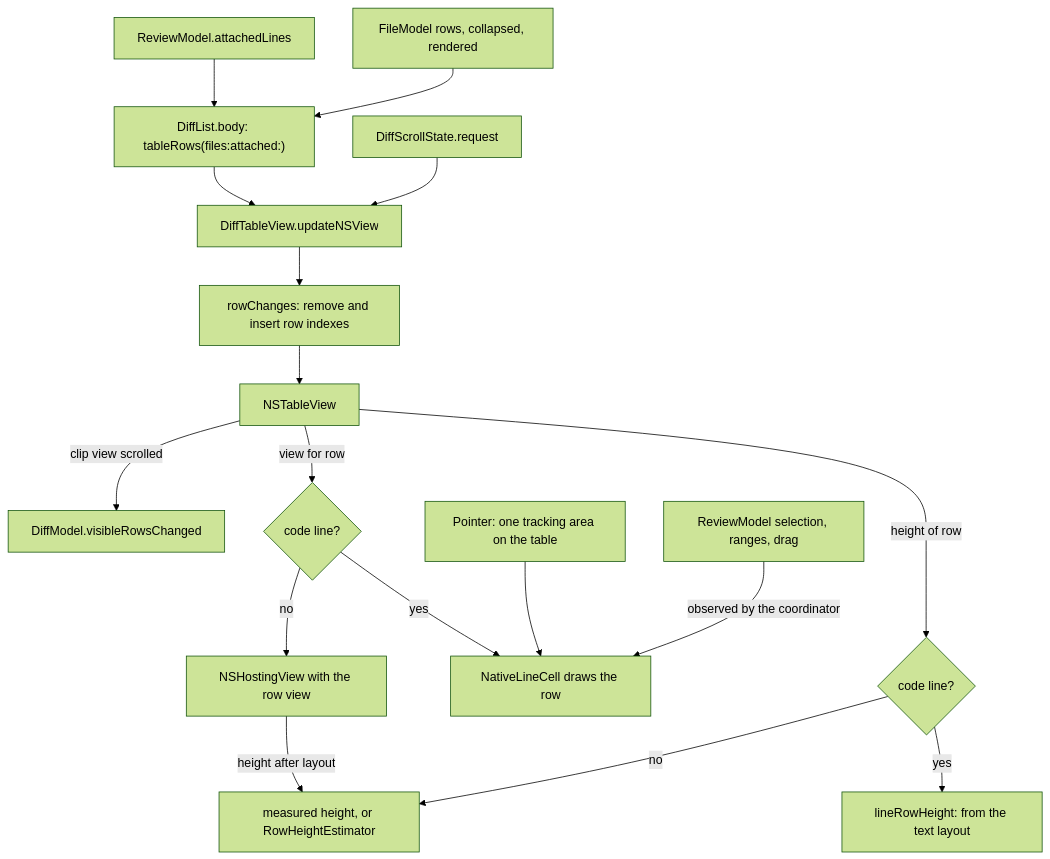
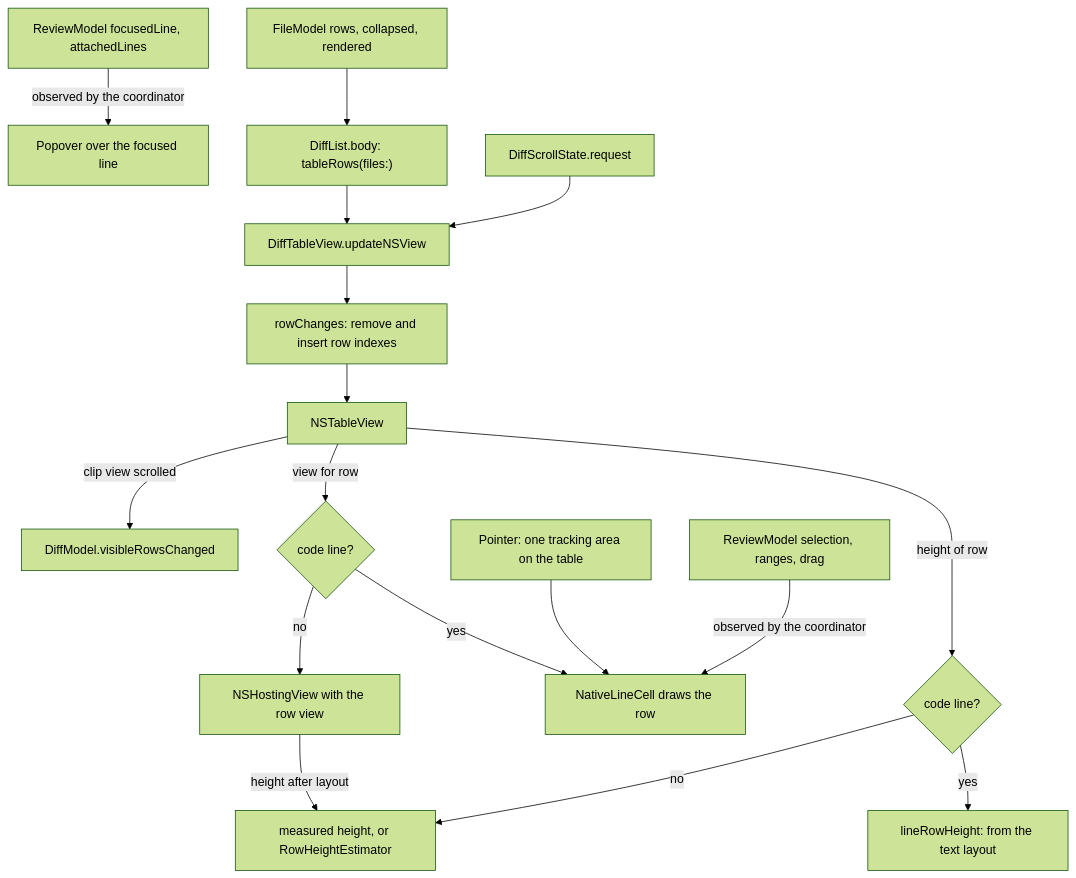
The second of 6 diagrams in plans/diff-viewer.md (bojanrajkovic/hermes), drawn with Mermaid (forest theme) before and after one commit. The commit also changed other lines of this file and 24 other files, not shown here.

````diff
--- a/plans/diff-viewer.md
+++ b/plans/diff-viewer.md
@@ -95,19 +95,19 @@
 ```mermaid
 flowchart TD
-    M["FileModel rows, collapsed, rendered"] --> B["DiffList.body: tableRows(files:attached:)"]
-    RV["ReviewModel.attachedLines"] --> B
+    M["FileModel rows, collapsed, rendered"] --> B["DiffList.body: tableRows(files:)"]
+    RV["ReviewModel focusedLine, attachedLines"] -->|"observed by the coordinator"| PO["Popover over the focused line"]
     B --> U["DiffTableView.updateNSView"]
     U --> A["rowChanges: remove and insert row indexes"]
     A --> T[NSTableView]
     T -->|"height of row"| H{"code line?"}
     H -->|yes| L["lineRowHeight: from the text layout"]
     H -->|no| E["measured height, or RowHeightEstimator"]
     T -->|"view for row"| C{"code line?"}
     C -->|yes| N["NativeLineCell draws the row"]
     C -->|no| S["NSHostingView with the row view"]
     S -->|"height after layout"| E
     T -->|"clip view scrolled"| V["DiffModel.visibleRowsChanged"]
     R["DiffScrollState.request"] --> U
     P["Pointer: one tracking area on the table"] --> N
     K["ReviewModel selection, ranges, drag"] -->|"observed by the coordinator"| N
 ```
````
